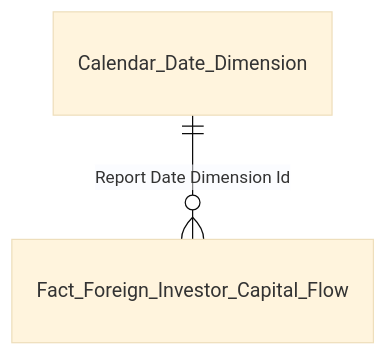
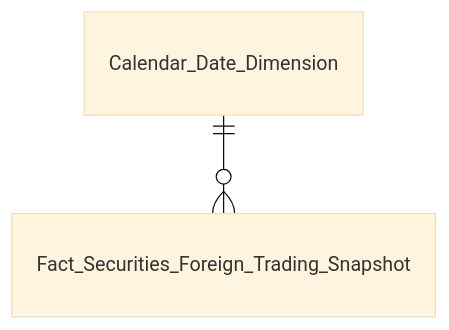
The first of 3 diagrams in Datamart/hld/DTM_NDTNN_Entities.md (linhlvit/ubck_atomic_design), drawn with Mermaid (base theme) before and after one commit. The commit also changed other lines of this file and 62 other files, not shown here.

````diff
--- a/Datamart/hld/DTM_NDTNN_Entities.md
+++ b/Datamart/hld/DTM_NDTNN_Entities.md
@@ -33,4 +9,4 @@
 ```mermaid
 erDiagram
-    Calendar_Date_Dimension ||--o{ Fact_Foreign_Investor_Capital_Flow : "Report Date Dimension Id"
+    Calendar_Date_Dimension ||--o{ Fact_Securities_Foreign_Trading_Snapshot : " "
 ```
````
